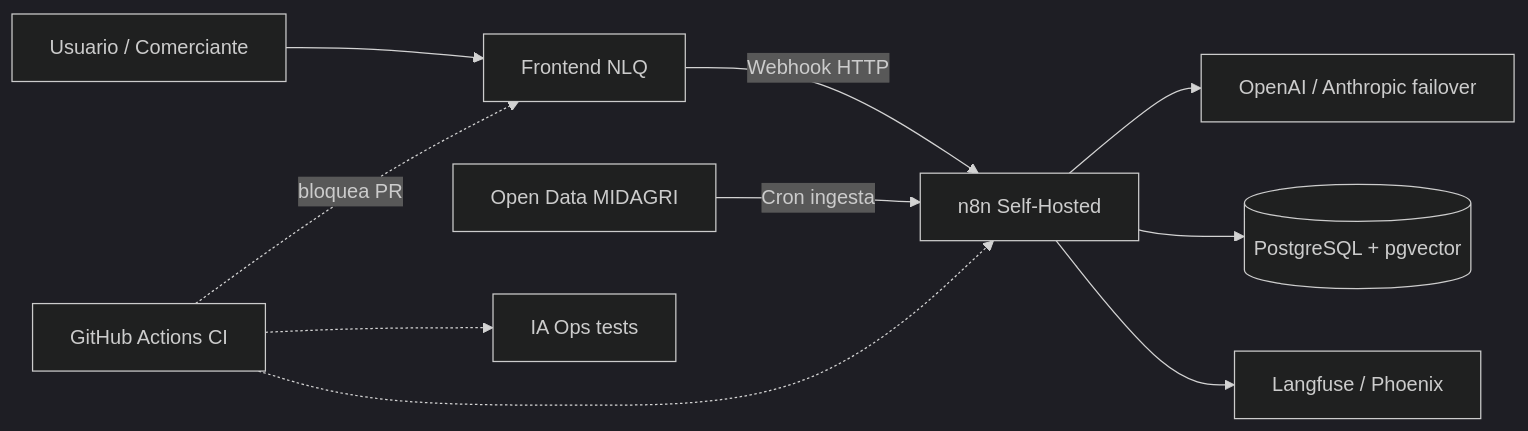
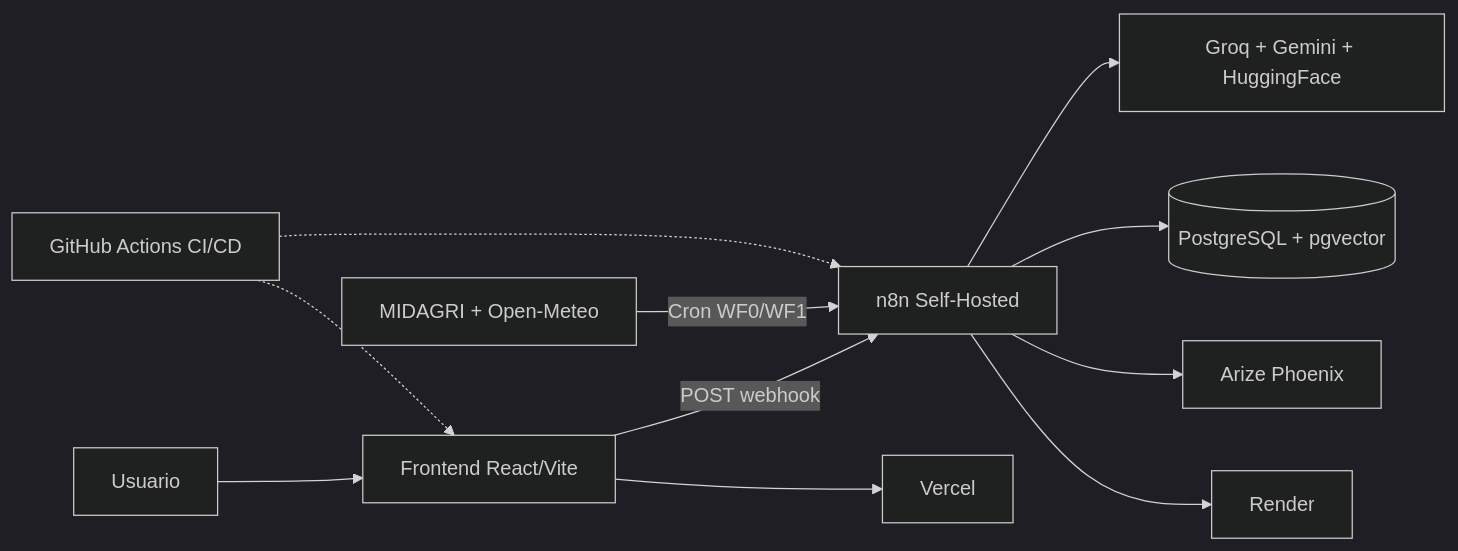
One commit to equipo2-AgroSmart-Insights/Agrosmart-Insights changed the diagram in README.md. Above: the diagram before and after it, drawn with Mermaid (dark theme). The commit also changed other lines of this file and 57 other files, not shown here.

````diff
--- a/README.md
+++ b/README.md
@@ -10,12 +10,13 @@
 ```mermaid
 flowchart LR
-  U[Usuario / Comerciante] --> FE[Frontend NLQ]
-  FE -->|Webhook HTTP| N8N[n8n Self-Hosted]
-  N8N --> LLM[OpenAI / Anthropic failover]
+  U[Usuario] --> FE[Frontend React/Vite]
+  FE -->|POST webhook| N8N[n8n Self-Hosted]
+  N8N --> LLM[Groq + Gemini + HuggingFace]
   N8N --> DB[(PostgreSQL + pgvector)]
-  OD[Open Data MIDAGRI] -->|Cron ingesta| N8N
-  N8N --> OBS[Langfuse / Phoenix]
-  GH[GitHub Actions CI] -.->|bloquea PR| FE
+  OD[MIDAGRI + Open-Meteo] -->|Cron WF0/WF1| N8N
+  N8N --> PHX[Arize Phoenix]
+  GH[GitHub Actions CI/CD] -.-> FE
   GH -.-> N8N
-  GH -.-> IA[IA Ops tests]
+  FE --> VER[Vercel]
+  N8N --> REN[Render]
 ```
````
